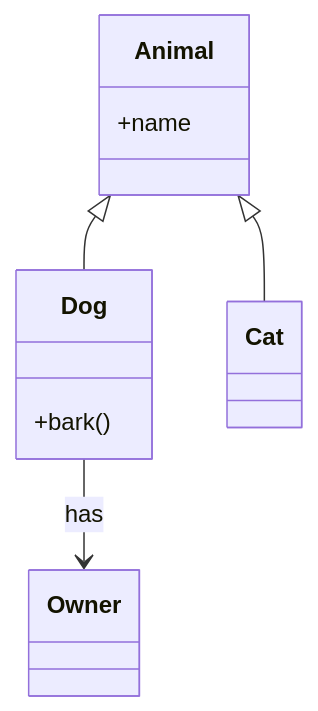
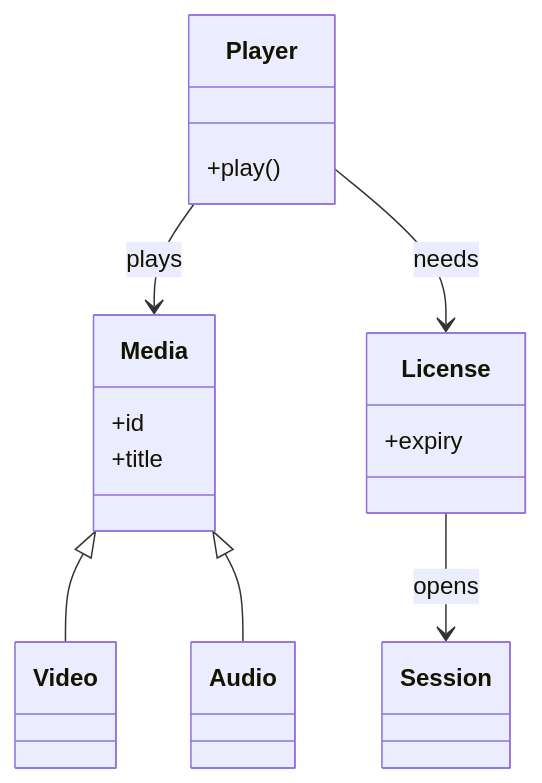
The sixth of 11 diagrams in docs/diagram-types.md (dkdev24/pele-animate), drawn with Mermaid before and after one commit. The commit also changed other lines of this file and 2 other files, not shown here.

First line of the commit message:
docs: richer diagram-type examples with story pins; journey steps at narrow widths

````diff
--- a/docs/diagram-types.md
+++ b/docs/diagram-types.md
@@ -141,9 +163,13 @@
 ```mermaid live
 classDiagram
-  %% pa: 1=Animal 2=Dog,Cat 3=Owner
-  Animal <|-- Dog
-  Animal <|-- Cat
-  Dog --> Owner : has
-  Animal : +name
-  Dog : +bark()
+  %% pa: 1=Media 2=Video,Audio 3=Player 4=License 5=Session
+  Media <|-- Video
+  Media <|-- Audio
+  Player --> Media : plays
+  Player --> License : needs
+  License --> Session : opens
+  Media : +id
+  Media : +title
+  Player : +play()
+  License : +expiry
 ```
````
